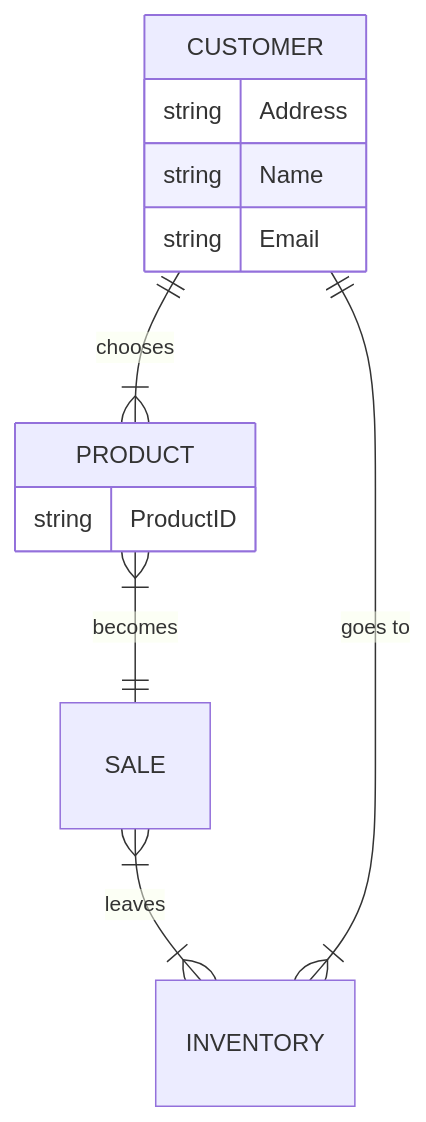
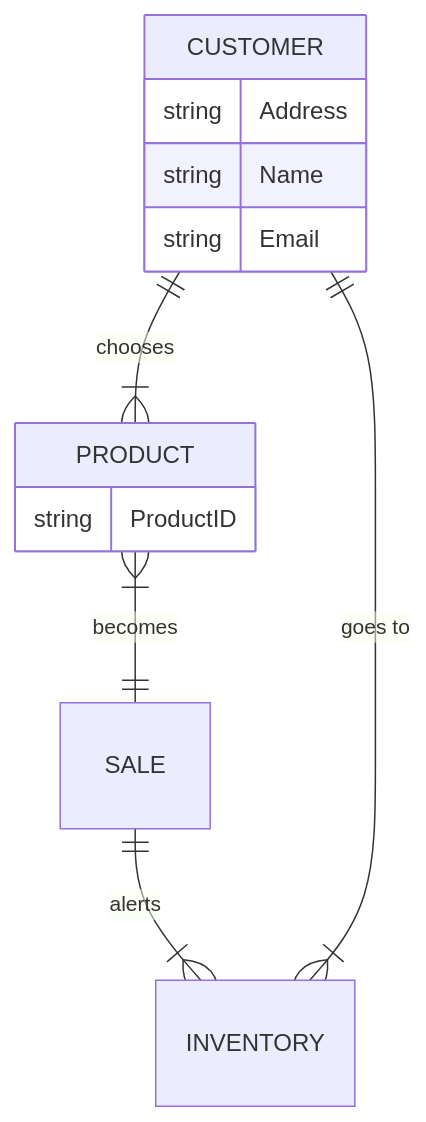
The diagram in NikeStore_ERD.md (rose-wt/rose-wt.github.io), drawn with Mermaid before and after one commit.

````diff
--- a/NikeStore_ERD.md
+++ b/NikeStore_ERD.md
@@ -1,15 +1,15 @@
 ```mermaid
 erDiagram
    CUSTOMER ||--|{ PRODUCT : chooses
     CUSTOMER {
         string Address
         string Name
         string Email
     }
     PRODUCT |{--|| SALE : becomes
     PRODUCT {
         string ProductID
     }
-    SALE |{--|{ INVENTORY : leaves
+    SALE ||--|{ INVENTORY : alerts
     INVENTORY |{--|| CUSTOMER : "goes to"
 ```
````
